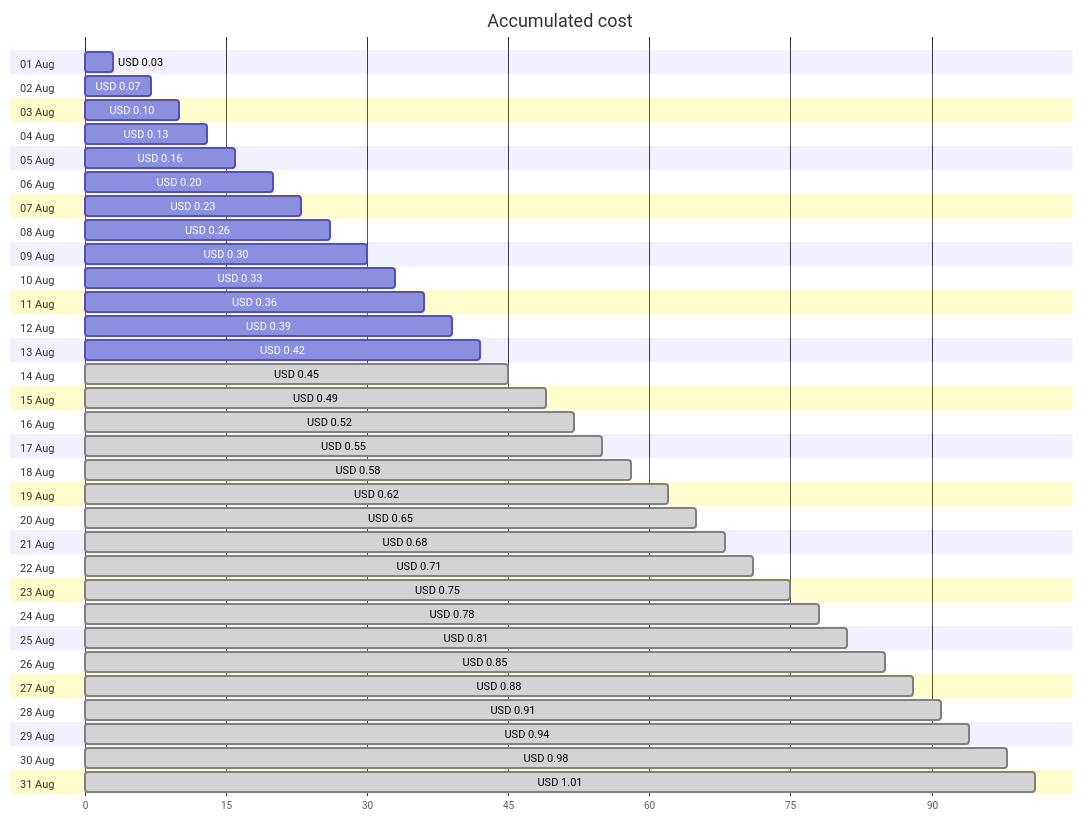
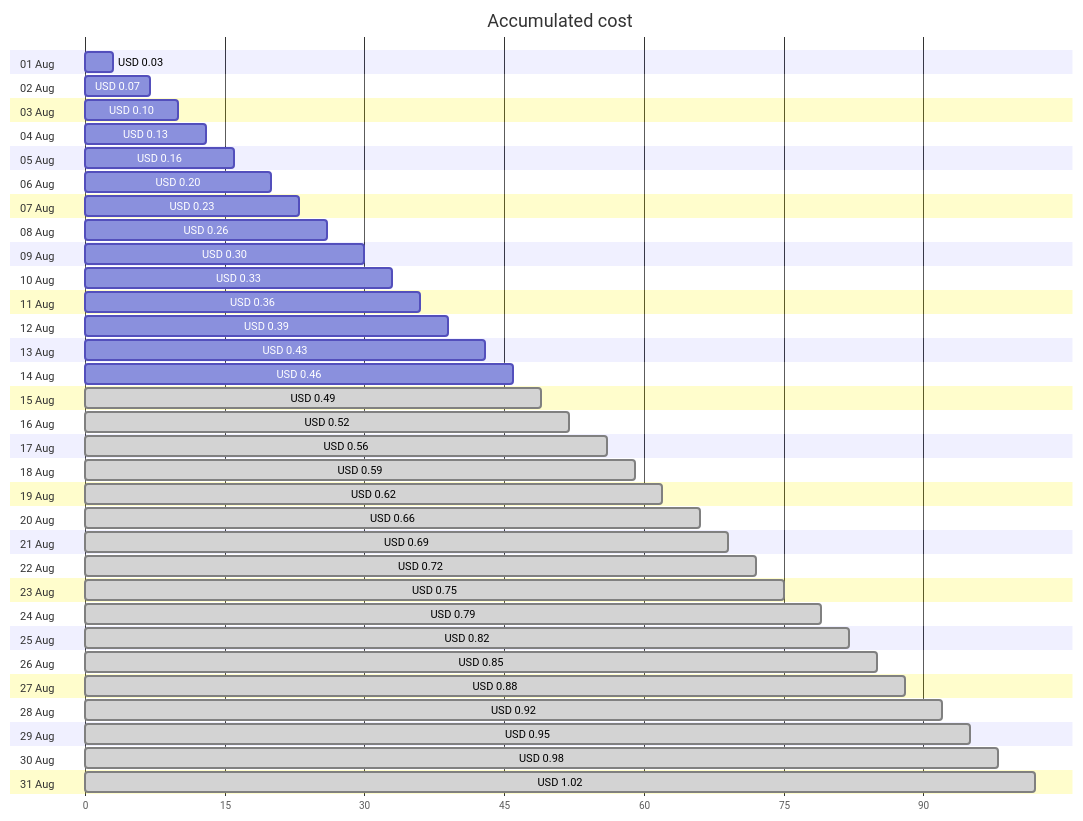
Before and after one commit to jpfulton/azure-personal-reports: the first of 4 diagrams in cost-reports/personal-dns/README.md, drawn with Mermaid. The commit also changed other lines of this file and 2 other files, not shown here.

Commit message:
Generated reports [skip ci]

````diff
--- a/cost-reports/personal-dns/README.md
+++ b/cost-reports/personal-dns/README.md
@@ -20,68 +20,68 @@
 ```mermaid
 gantt
    title Accumulated cost
    dateFormat  X
    axisFormat %s
    section 01 Aug
    USD 0.03 :0, 3
    section 02 Aug
    USD 0.07 :0, 7
    section 03 Aug
    USD 0.10 :0, 10
    section 04 Aug
    USD 0.13 :0, 13
    section 05 Aug
    USD 0.16 :0, 16
    section 06 Aug
    USD 0.20 :0, 20
    section 07 Aug
    USD 0.23 :0, 23
    section 08 Aug
    USD 0.26 :0, 26
    section 09 Aug
    USD 0.30 :0, 30
    section 10 Aug
    USD 0.33 :0, 33
    section 11 Aug
    USD 0.36 :0, 36
    section 12 Aug
    USD 0.39 :0, 39
    section 13 Aug
-   USD 0.42 :0, 42
+   USD 0.43 :0, 43
    section 14 Aug
-   USD 0.45 : done, 0, 45
+   USD 0.46 :0, 46
    section 15 Aug
    USD 0.49 : done, 0, 49
    section 16 Aug
    USD 0.52 : done, 0, 52
    section 17 Aug
-   USD 0.55 : done, 0, 55
+   USD 0.56 : done, 0, 56
    section 18 Aug
-   USD 0.58 : done, 0, 58
+   USD 0.59 : done, 0, 59
    section 19 Aug
    USD 0.62 : done, 0, 62
    section 20 Aug
-   USD 0.65 : done, 0, 65
+   USD 0.66 : done, 0, 66
    section 21 Aug
-   USD 0.68 : done, 0, 68
+   USD 0.69 : done, 0, 69
    section 22 Aug
-   USD 0.71 : done, 0, 71
+   USD 0.72 : done, 0, 72
    section 23 Aug
    USD 0.75 : done, 0, 75
    section 24 Aug
-   USD 0.78 : done, 0, 78
+   USD 0.79 : done, 0, 79
    section 25 Aug
-   USD 0.81 : done, 0, 81
+   USD 0.82 : done, 0, 82
    section 26 Aug
    USD 0.85 : done, 0, 85
    section 27 Aug
    USD 0.88 : done, 0, 88
    section 28 Aug
-   USD 0.91 : done, 0, 91
+   USD 0.92 : done, 0, 92
    section 29 Aug
-   USD 0.94 : done, 0, 94
+   USD 0.95 : done, 0, 95
    section 30 Aug
    USD 0.98 : done, 0, 98
    section 31 Aug
-   USD 1.01 : done, 0, 101
+   USD 1.02 : done, 0, 102
 ```
````
